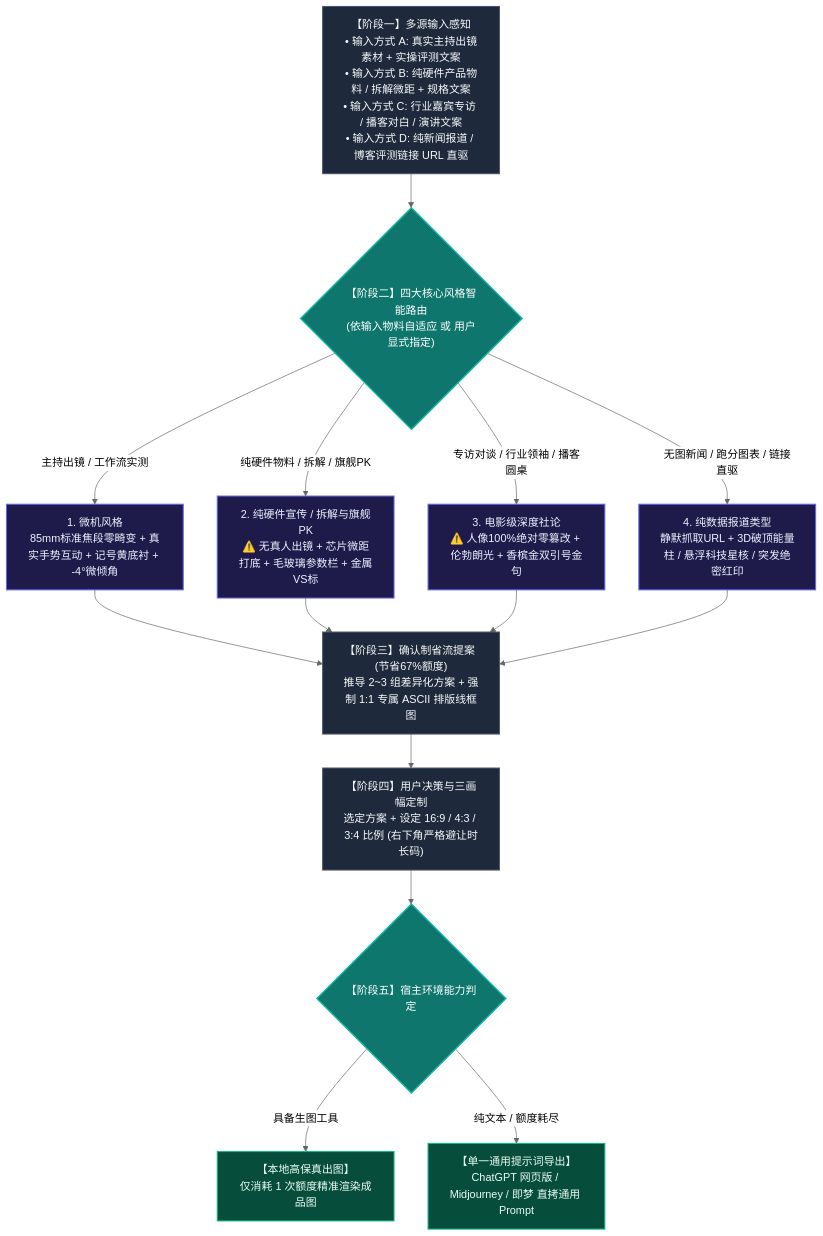
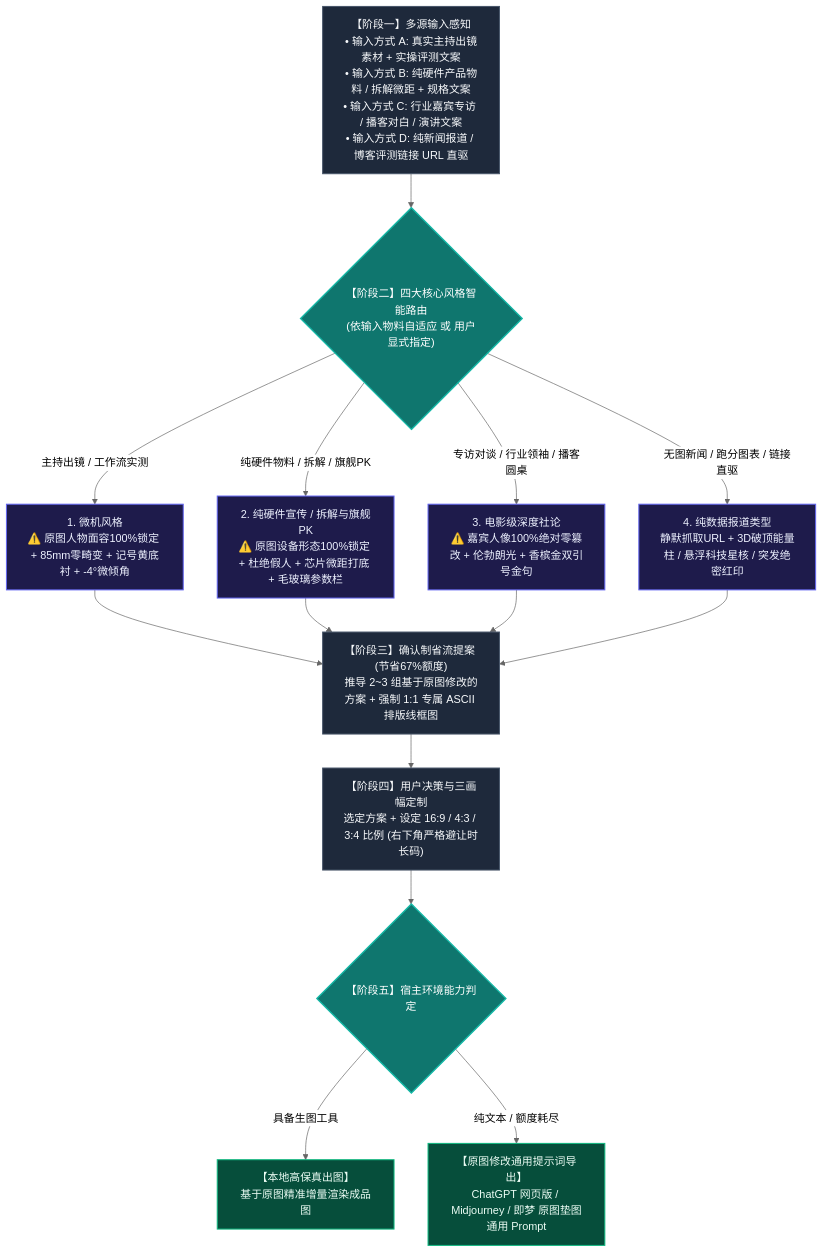
Before and after one commit to XuBeiYou408/video-cover-designer: the diagram in README.md, drawn with Mermaid (neutral theme). The commit also changed other lines of this file and 1 other file, not shown here.

Commit message:
feat(prompt): enforce strict original-image grounding and delta-modification protocol

````diff
--- a/README.md
+++ b/README.md
@@ -15,31 +26,31 @@
 ```mermaid
 flowchart TD
     A["【阶段一】多源输入感知<br>• 输入方式 A: 真实主持出镜素材 + 实操评测文案<br>• 输入方式 B: 纯硬件产品物料 / 拆解微距 + 规格文案<br>• 输入方式 C: 行业嘉宾专访 / 播客对白 / 演讲文案<br>• 输入方式 D: 纯新闻报道 / 博客评测链接 URL 直驱"]
     --> B{"【阶段二】四大核心风格智能路由<br>(依输入物料自适应 或 用户显式指定)"}
 
-    B -->|主持出镜 / 工作流实测| C1[" 1. 微机风格<br>85mm标准焦段零畸变 + 真实手势互动 + 记号黄底衬 + -4°微倾角"]
-    B -->|纯硬件物料 / 拆解 / 旗舰PK| C2[" 2. 纯硬件宣传 / 拆解与旗舰PK<br>⚠️ 无真人出镜 + 芯片微距打底 + 毛玻璃参数栏 + 金属VS标"]
-    B -->|专访对谈 / 行业领袖 / 播客圆桌| C3[" 3. 电影级深度社论<br>⚠️ 人像100%绝对零篡改 + 伦勃朗光 + 香槟金双引号金句"]
+    B -->|主持出镜 / 工作流实测| C1[" 1. 微机风格<br>⚠️ 原图人物面容100%锁定 + 85mm零畸变 + 记号黄底衬 + -4°微倾角"]
+    B -->|纯硬件物料 / 拆解 / 旗舰PK| C2[" 2. 纯硬件宣传 / 拆解与旗舰PK<br>⚠️ 原图设备形态100%锁定 + 杜绝假人 + 芯片微距打底 + 毛玻璃参数栏"]
+    B -->|专访对谈 / 行业领袖 / 播客圆桌| C3[" 3. 电影级深度社论<br>⚠️ 嘉宾人像100%绝对零篡改 + 伦勃朗光 + 香槟金双引号金句"]
     B -->|无图新闻 / 跑分图表 / 链接直驱| C4[" 4. 纯数据报道类型<br>静默抓取URL + 3D破顶能量柱 / 悬浮科技星核 / 突发绝密红印"]
 
-    C1 --> D["【阶段三】确认制省流提案 (节省67%额度)<br>推导 2~3 组差异化方案 + 强制 1:1 专属 ASCII 排版线框图"]
+    C1 --> D["【阶段三】确认制省流提案 (节省67%额度)<br>推导 2~3 组基于原图修改的方案 + 强制 1:1 专属 ASCII 排版线框图"]
     C2 --> D
     C3 --> D
     C4 --> D
 
     D --> E["【阶段四】用户决策与三画幅定制<br>选定方案 + 设定 16:9 / 4:3 / 3:4 比例 (右下角严格避让时长码)"]
 
     E --> F{"【阶段五】宿主环境能力判定"}
-    F -->|具备生图工具| G["【本地高保真出图】<br>仅消耗 1 次额度精准渲染成品图"]
-    F -->|纯文本 / 额度耗尽| H["【单一通用提示词导出】<br>ChatGPT 网页版 / Midjourney / 即梦 直拷通用 Prompt"]
+    F -->|具备生图工具| G["【本地高保真出图】<br>基于原图精准增量渲染成品图"]
+    F -->|纯文本 / 额度耗尽| H["【原图修改通用提示词导出】<br>ChatGPT 网页版 / Midjourney / 即梦 原图垫图通用 Prompt"]
 
     classDef stage fill:#1E293B,stroke:#475569,color:#F8FAFC,stroke-width:1.5px;
     classDef decision fill:#0F766E,stroke:#14B8A6,color:#FFFFFF,stroke-width:2px;
     classDef engine fill:#1E1B4B,stroke:#6366F1,color:#EEF2FF,stroke-width:1.5px;
     classDef output fill:#064E3B,stroke:#10B981,color:#ECFDF5,stroke-width:1.5px;
 
     class A,D,E stage;
     class B,F decision;
     class C1,C2,C3,C4 engine;
     class G,H output;
 ```
````
